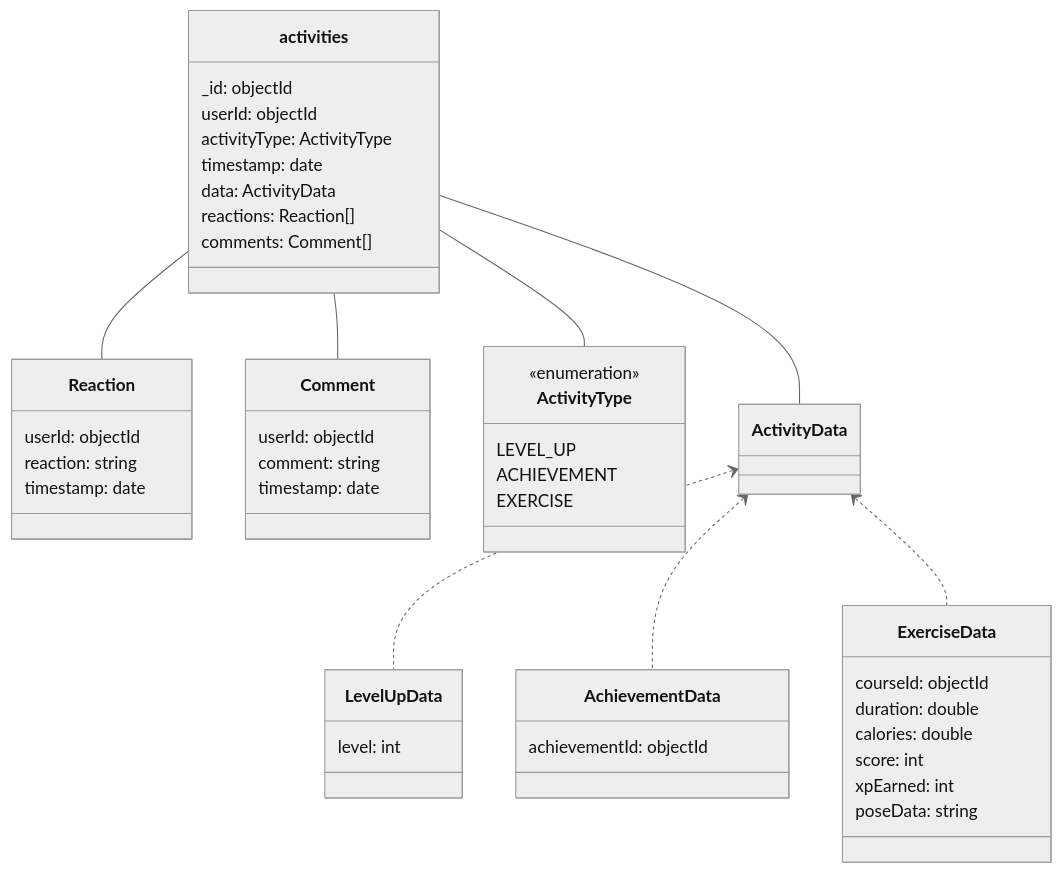
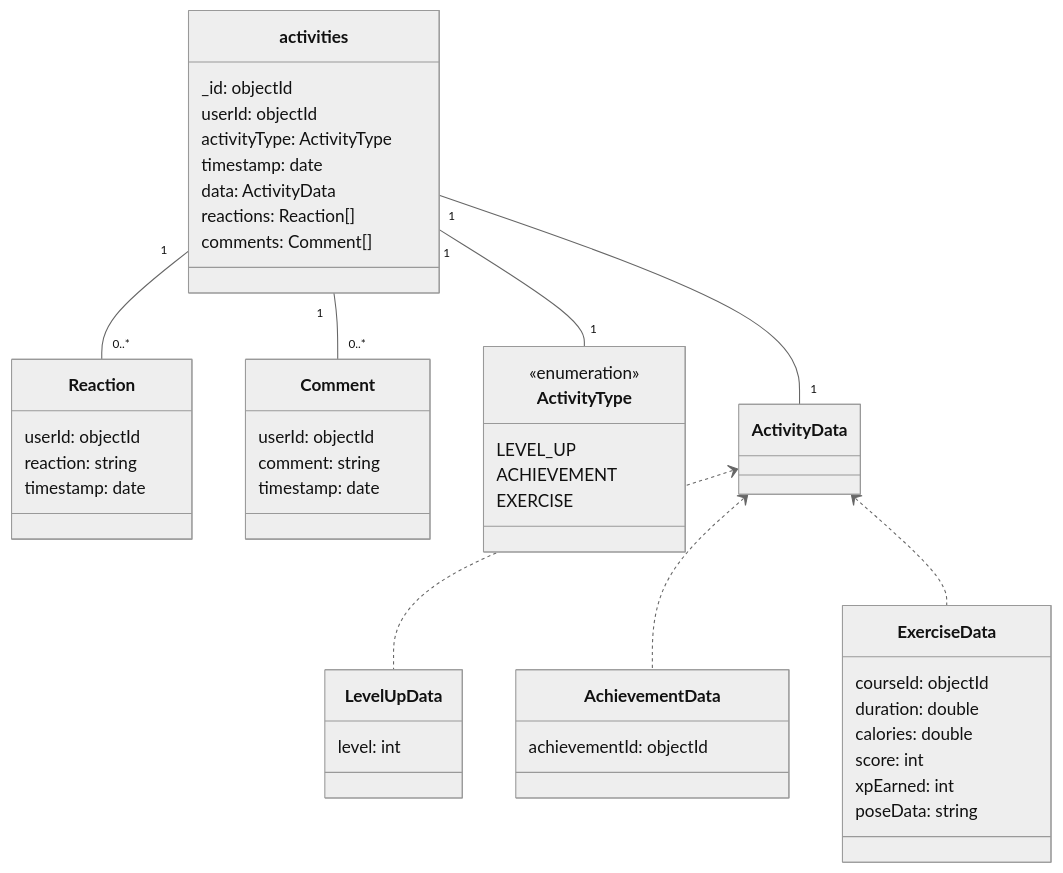
One commit to fitness-coaching-app/system-diagrams changed the diagram in diagrams/database/activities.md. Above: the diagram before and after it, drawn with Mermaid (neutral theme). The commit also changed 2 other files, not shown here.

Commit message:
Add cardinality to diagram

````diff
--- a/diagrams/database/activities.md
+++ b/diagrams/database/activities.md
@@ -1,67 +1,67 @@
 ```mermaid
 %%{init: {
     "fontFamily": "Helvetica"
 }
 }%%
 classDiagram
-    activities -- Reaction
-    activities -- Comment
-    activities -- ActivityType
-    activities -- ActivityData
+    activities "1" -- "0..*" Reaction
+    activities "1" -- "0..*" Comment
+    activities "1" -- "1" ActivityType
+    activities "1" -- "1" ActivityData
 
     class activities{
         _id: objectId
         userId: objectId
         activityType: ActivityType
         timestamp: date
         data: ActivityData
         reactions: Reaction[]
         comments: Comment[]
     }
 
     class ActivityData{
 
     }
 
     ActivityData <.. LevelUpData
     ActivityData <.. AchievementData
     ActivityData <.. ExerciseData
 
     class LevelUpData{
         level: int
     }
 
     class AchievementData{
         achievementId: objectId
     }
 
     class ExerciseData{
         courseId: objectId
         duration: double
         calories: double
         score: int
         xpEarned: int
         poseData: string
     }
 
     class ActivityType{
         <<enumeration>>
         LEVEL_UP
         ACHIEVEMENT
         EXERCISE
     }
 
     class Reaction{
         userId: objectId
         reaction: string
         timestamp: date
     }
 
     class Comment{
         userId: objectId
         comment: string
         timestamp: date
     }
 
  
 ```
````
